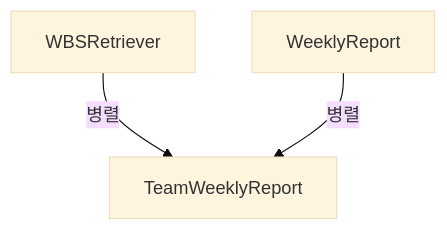
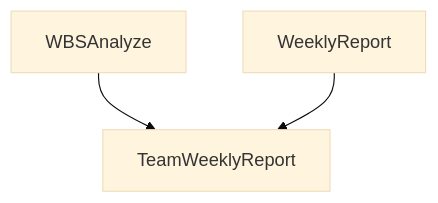
One commit to skala-yAXim/AI-end changed the third of 3 diagrams in README.md. Above: the diagram before and after it, drawn with Mermaid (base theme). The commit also changed other lines of this file and 41 other files, not shown here.

````diff
--- a/README.md
+++ b/README.md
@@ -122,5 +53,5 @@
  ```mermaid
 graph TD;
-    WBSRetriever -->|병렬| TeamWeeklyReport
-    WeeklyReport -->|병렬| TeamWeeklyReport
+    WBSAnalyze --> TeamWeeklyReport
+    WeeklyReport --> TeamWeeklyReport
 ```
````
